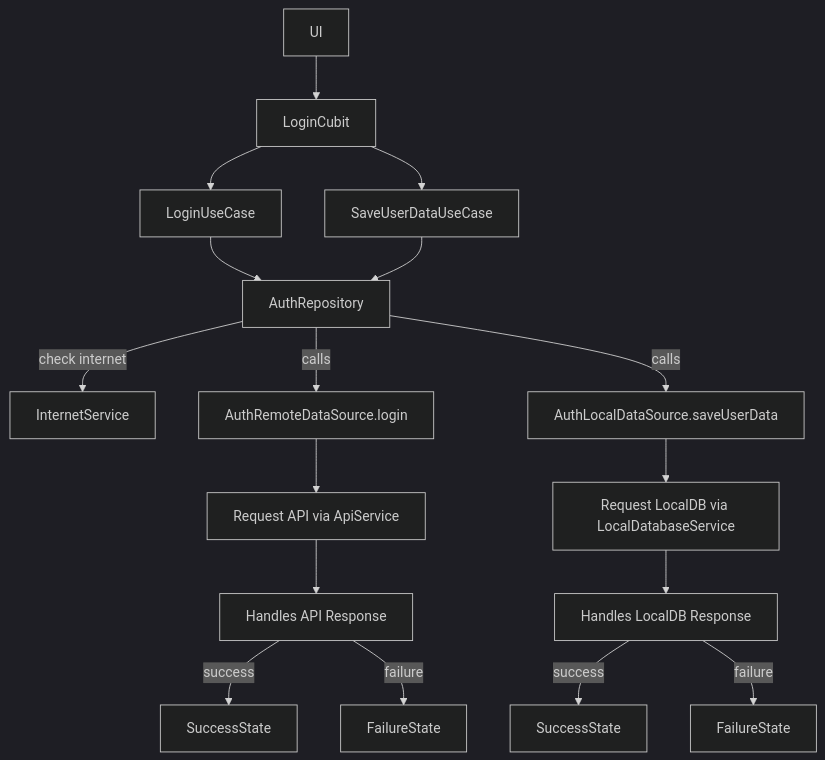
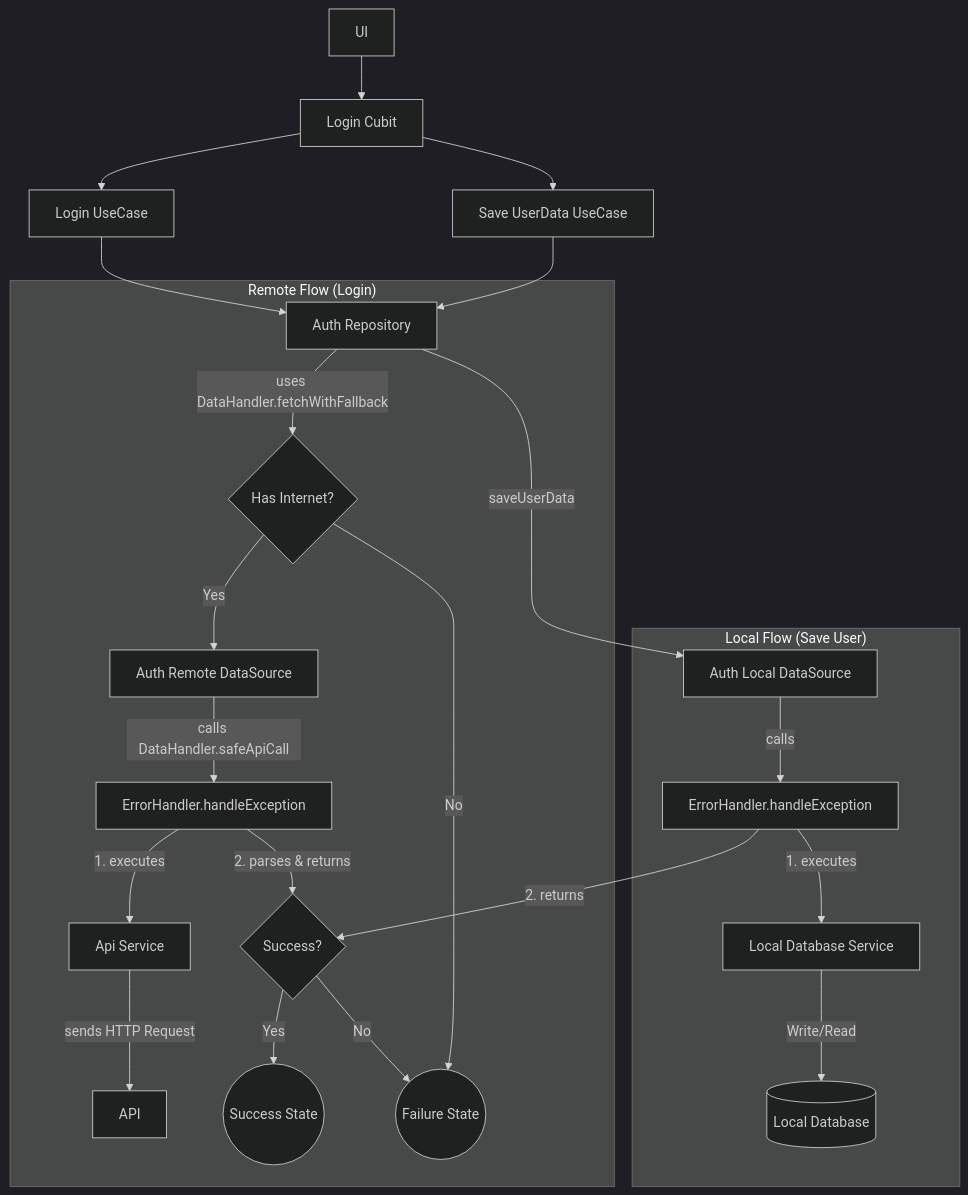
One commit to gaurishankar007/Flutter-Clean-Architecture changed the third of 3 diagrams in README.md. Above: the diagram before and after it, drawn with Mermaid (dark theme). The commit also changed other lines of this file, not shown here.

Commit message:
refactor: updated flow chart diagrams.

````diff
--- a/README.md
+++ b/README.md
@@ -380,23 +385,27 @@
 ```mermaid
 flowchart TD
-   A[UI] --> B[LoginCubit]
-    B --> C[LoginUseCase]
-    B --> D[SaveUserDataUseCase]
-    C --> E[AuthRepository]
-    D --> E[AuthRepository]
+    A[UI] --> B[Login Cubit]
+    B --> C[Login UseCase] & D[Save UserData UseCase]
+    C --> E[Auth Repository]
+    D --> E
 
-    %% Remote Data Flow
-    E -->|check internet| F[InternetService]
-    E -->|calls| G[AuthRemoteDataSource.login]
-    G --> H[Request API via ApiService]
-    H --> I[Handles API Response]
-    I -->|success| J[SuccessState]
-    I -->|failure| K[FailureState]
+    subgraph "Remote Flow (Login)"
+        E -- "uses DataHandler.fetchWithFallback" --> F{Has Internet?}
+        F -- Yes --> G[Auth Remote DataSource]
+        G -- "calls DataHandler.safeApiCall" --> H[ErrorHandler.handleException]
+        H -- "1. executes" --> I[Api Service]
+        I -- "sends HTTP Request" --> J[API]
+        H -- "2. parses & returns" --> K{Success?}
+        K -- Yes --> L((Success State))
+        K -- No --> M((Failure State))
+        F -- No --> M
+    end
 
-    %% Local Data Flow
-    E -->|calls| L[AuthLocalDataSource.saveUserData]
-    L --> M[Request LocalDB via LocalDatabaseService]
-    M --> N[Handles LocalDB Response]
-    N -->|success| O[SuccessState]
-    N -->|failure| P[FailureState]
+    subgraph "Local Flow (Save User)"
+        E -- saveUserData --> N[Auth Local DataSource]
+        N -- "calls" --> O[ErrorHandler.handleException]
+        O -- "1. executes" --> P[Local Database Service]
+        P -- "Write/Read" --> Q[(Local Database)]
+        O -- "2. returns" --> K
+    end
 ```
````
